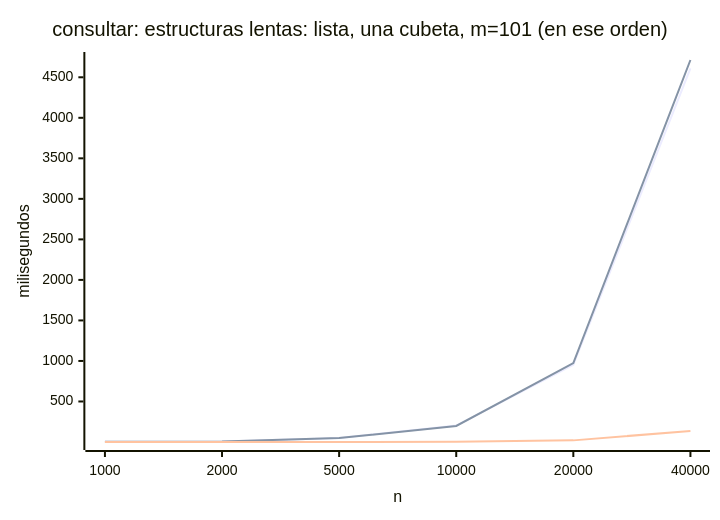
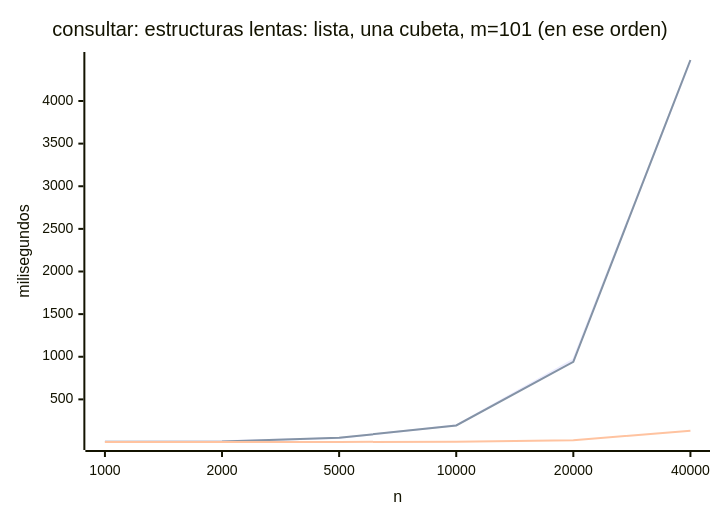
Before and after one commit to JuanManuelParedes/estr-2026-2-proyecto: the first of 4 diagrams in docs/informe-final.md, drawn with Mermaid. The commit also changed other lines of this file and 4 other files, not shown here.

````diff
--- a/docs/informe-final.md
+++ b/docs/informe-final.md
@@ -506,9 +509,9 @@
 ```mermaid
 xychart-beta
   title "consultar: estructuras lentas: lista, una cubeta, m=101 (en ese orden)"
   x-axis "n" [1000, 2000, 5000, 10000, 20000, 40000]
   y-axis "milisegundos"
-  line [1.607, 7.453, 49.776, 202.720, 951.884, 4608.909]
-  line [1.654, 7.406, 48.401, 197.741, 973.297, 4713.208]
-  line [0.043, 0.115, 0.719, 3.324, 20.115, 136.552]
+  line [2.514, 7.444, 47.889, 195.788, 965.879, 4473.236]
+  line [2.366, 7.257, 49.059, 193.963, 941.165, 4480.810]
+  line [0.066, 0.150, 0.785, 3.441, 20.972, 131.060]
 ```
````
